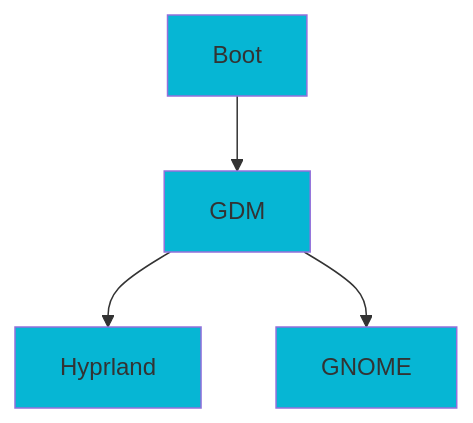
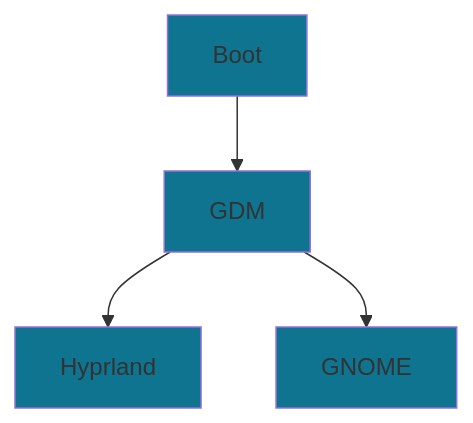
One commit to RomeoCavazza/nixos-config changed the diagram in README.md. Above: the diagram before and after it, drawn with Mermaid. The commit also changed 2 other files, not shown here.

Commit message:
docs: restore docs/README.md and specification.txt, Mermaid dark cyan (#0E7490)
Made-with: Cursor

````diff
--- a/README.md
+++ b/README.md
@@ -63,16 +63,16 @@
 ```mermaid
 flowchart TB
   Boot["Boot"]
   GDM["GDM"]
   H["Hyprland"]
   G["GNOME"]
 
   Boot --> GDM
   GDM --> H
   GDM --> G
 
-  style Boot fill:#06B6D4
-  style GDM fill:#06B6D4
-  style H fill:#06B6D4
-  style G fill:#06B6D4
+  style Boot fill:#0E7490
+  style GDM fill:#0E7490
+  style H fill:#0E7490
+  style G fill:#0E7490
 ```
````
